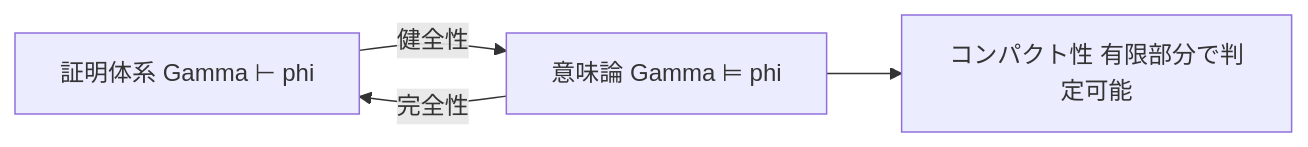
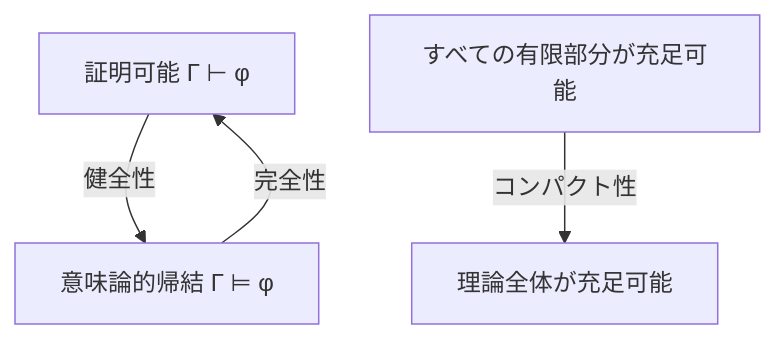
Before and after one commit to daysUlab/Learning_with_Codex: the diagram in logic_tower/03_soundness_completeness/00_overview.md, drawn with Mermaid. The commit also changed other lines of this file and 1 other file, not shown here.

````diff
--- a/logic_tower/03_soundness_completeness/00_overview.md
+++ b/logic_tower/03_soundness_completeness/00_overview.md
@@ -30,6 +35,6 @@
 ```mermaid
-flowchart LR
-    A[証明体系 Gamma ⊢ phi] -->|健全性| B[意味論 Gamma ⊨ phi]
-    B -->|完全性| A
-    B --> C[コンパクト性 有限部分で判定可能]
+flowchart TD
+    A["証明可能 Γ ⊢ φ"] -->|"健全性"| B["意味論的帰結 Γ ⊨ φ"]
+    B -->|"完全性"| A
+    C["すべての有限部分が充足可能"] -->|"コンパクト性"| D["理論全体が充足可能"]
 ```
````
